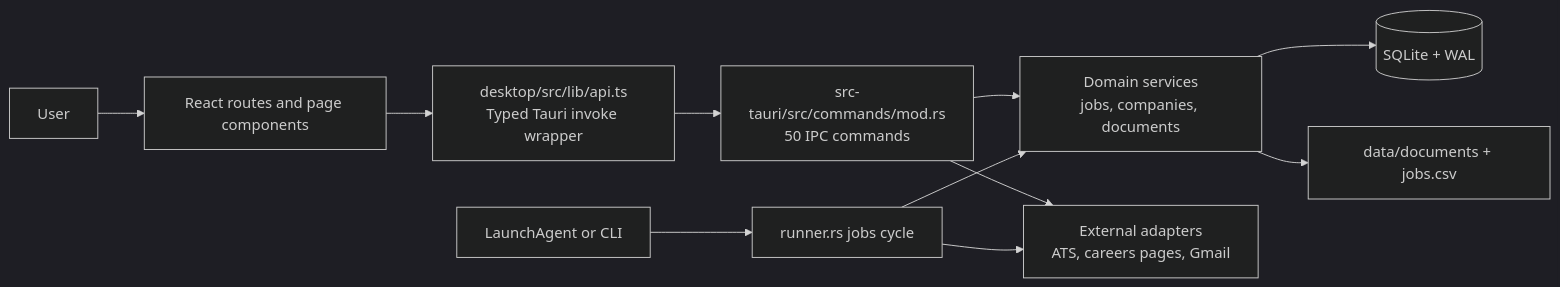
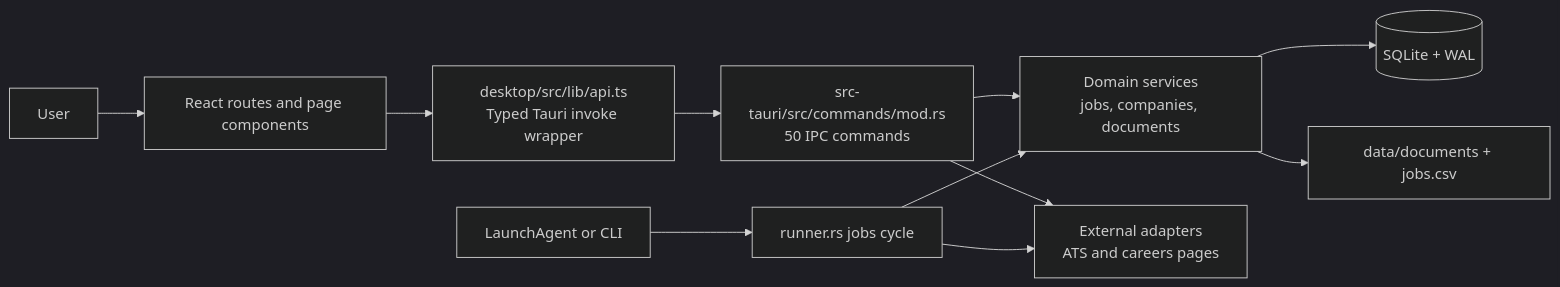
Before and after one commit to mrcyrilgoud/job-tracker: the first of 4 diagrams in docs/CODE_WALKTHROUGH.md, drawn with Mermaid (dark theme). The commit also changed other lines of this file and 26 other files, not shown here.

````diff
--- a/docs/CODE_WALKTHROUGH.md
+++ b/docs/CODE_WALKTHROUGH.md
@@ -7,13 +7,13 @@
 ```mermaid
 flowchart LR
   U[User] --> R[React routes and page components]
   R --> A[desktop/src/lib/api.ts\nTyped Tauri invoke wrapper]
   A --> C[src-tauri/src/commands/mod.rs\n50 IPC commands]
   C --> S[Domain services\njobs, companies, documents]
-  C --> X[External adapters\nATS, careers pages, Gmail]
+  C --> X[External adapters\nATS and careers pages]
   S --> D[(SQLite + WAL)]
   S --> F[data/documents + jobs.csv]
   B[LaunchAgent or CLI] --> RUN[runner.rs jobs cycle]
   RUN --> S
   RUN --> X
 ```
````
